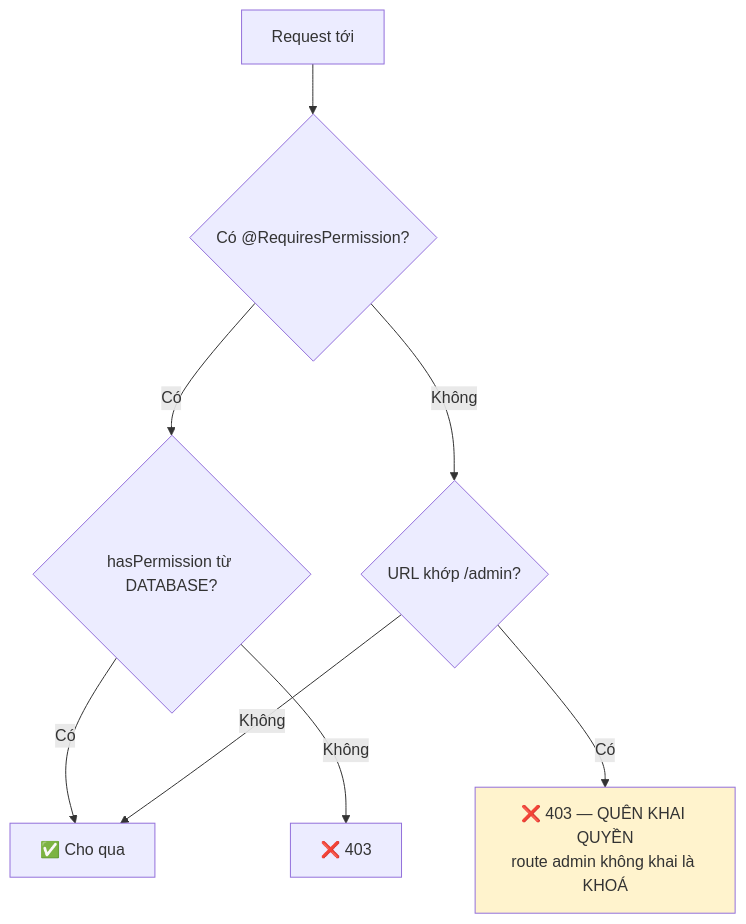
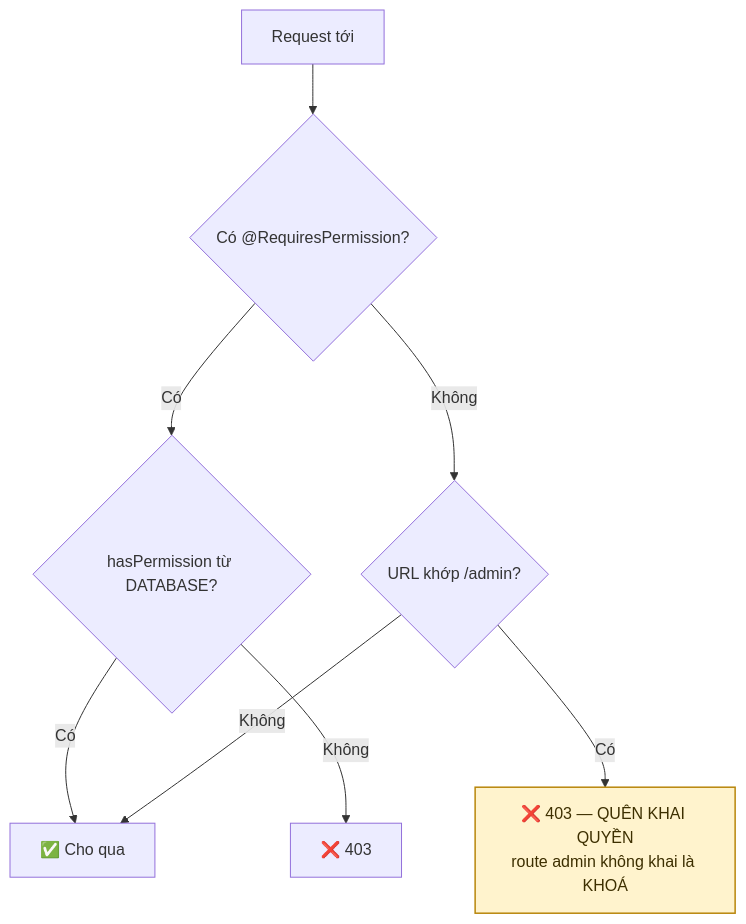
Before and after one commit to fdshn/trueheart: the second of 5 diagrams in docs/diagram/16-admin.md, drawn with Mermaid. The commit also changed other lines of this file and 30 other files, not shown here.

First line of the commit message:
docs(diagram): chữ trong khối tô màu đọc được ở cả giao diện sáng và tối

````diff
--- a/docs/diagram/16-admin.md
+++ b/docs/diagram/16-admin.md
@@ -32,12 +32,12 @@
 ```mermaid
 flowchart TD
     A[Request tới] --> B{Có @RequiresPermission?}
     B -->|Có| C{hasPermission từ DATABASE?}
     C -->|Có| D[✅ Cho qua]
     C -->|Không| E[❌ 403]
     B -->|Không| F{"URL khớp /admin?"}
     F -->|Có| G["❌ 403 — QUÊN KHAI QUYỀN<br/>route admin không khai là KHOÁ"]
     F -->|Không| D
 
-    style G fill:#fff3cd
+    style G fill:#fff3cd,stroke:#b8860b,stroke-width:1.5px,color:#3d2f00
 ```
````
